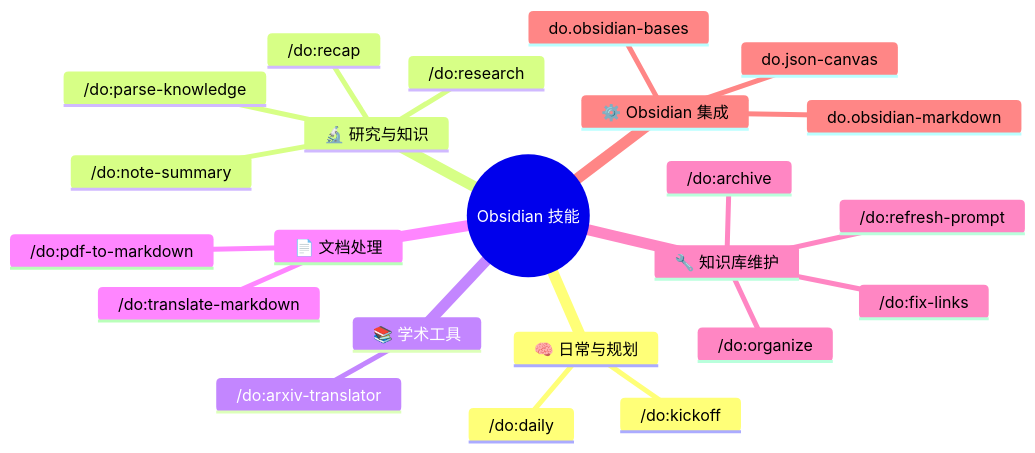
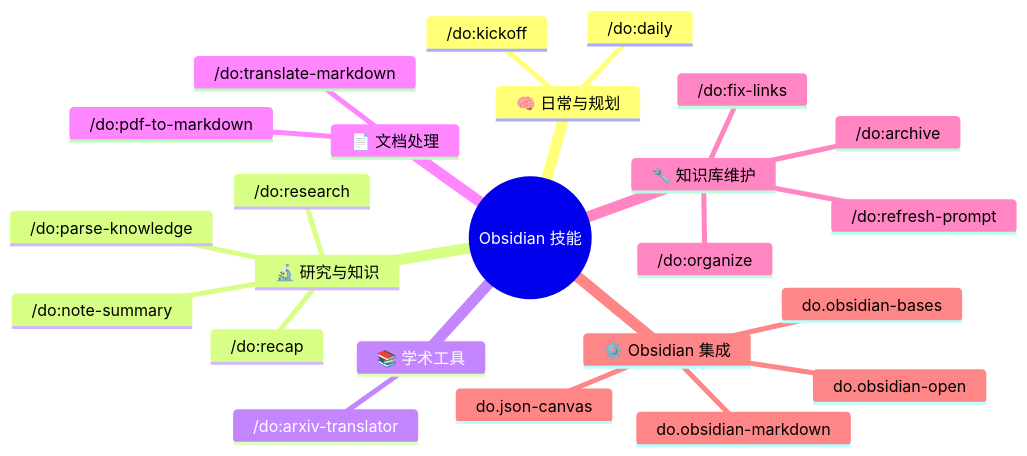
One commit to dull-bird/DeepOrbit changed the fourth of 8 diagrams in README_CN.md. Above: the diagram before and after it, drawn with Mermaid. The commit also changed other lines of this file and 13 other files, not shown here.

Commit message:
feat: Introduce `do.obsidian-open` skill and update other skills and READMEs to automatically open modified notes.

````diff
--- a/README_CN.md
+++ b/README_CN.md
@@ -143,26 +143,27 @@
 ```mermaid
 mindmap
   root((Obsidian 技能))
     🧠 日常与规划
       /do:daily
       /do:kickoff
     🔬 研究与知识
       /do:research
       /do:parse-knowledge
       /do:note-summary
       /do:recap
     📚 学术工具
       /do:arxiv-translator
     📄 文档处理
       /do:pdf-to-markdown
       /do:translate-markdown
     🔧 知识库维护
       /do:fix-links
       /do:archive
       /do:organize
       /do:refresh-prompt
     ⚙️ Obsidian 集成
       do.obsidian-markdown
       do.obsidian-bases
       do.json-canvas
+      do.obsidian-open
 ```
````
